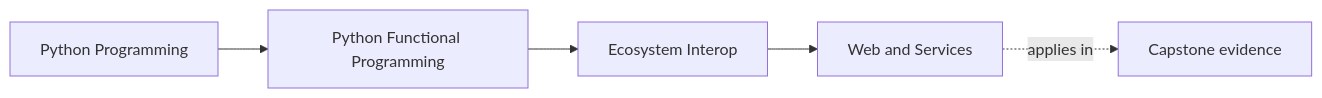
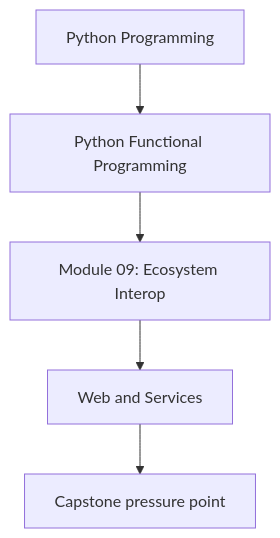
One commit to bijux/bijux-masterclass changed the first of 2 diagrams in programs/python-programming/python-functional-programming/course-book/module-09-ecosystem-interop/web-and-services.md. Above: the diagram before and after it, drawn with Mermaid. The commit also changed other lines of this file and 118 other files, not shown here.

Commit message:
docs(python-functional-programming): align concept page diagrams

````diff
--- a/programs/python-programming/python-functional-programming/course-book/module-09-ecosystem-interop/web-and-services.md
+++ b/programs/python-programming/python-functional-programming/course-book/module-09-ecosystem-interop/web-and-services.md
@@ -6,11 +6,7 @@
 ```mermaid
-graph LR
-  family["Python Programming"]
-  program["Python Functional Programming"]
-  section["Ecosystem Interop"]
-  page["Web and Services"]
-  capstone["Capstone evidence"]
-
-  family --> program --> section --> page
-  page -.applies in.-> capstone
+flowchart TD
+  family["Python Programming"] --> program["Python Functional Programming"]
+  program --> module["Module 09: Ecosystem Interop"]
+  module --> concept["Web and Services"]
+  concept --> capstone["Capstone pressure point"]
 ```
````
